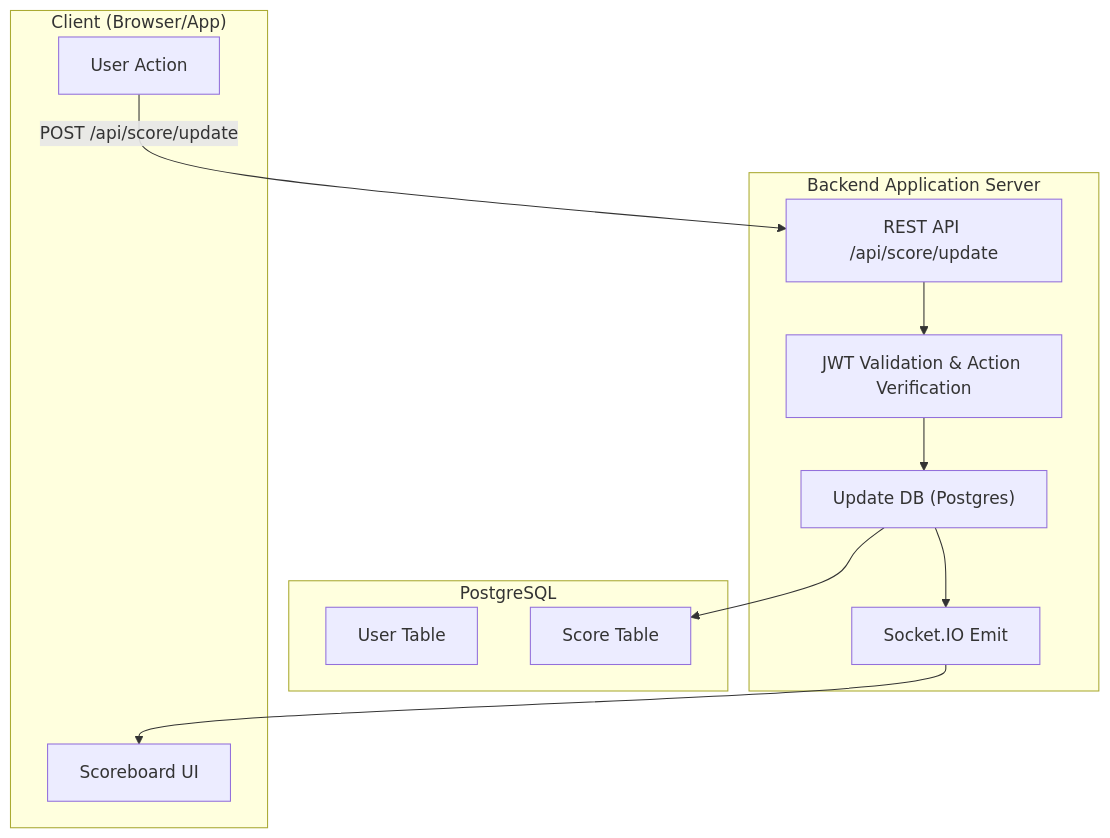
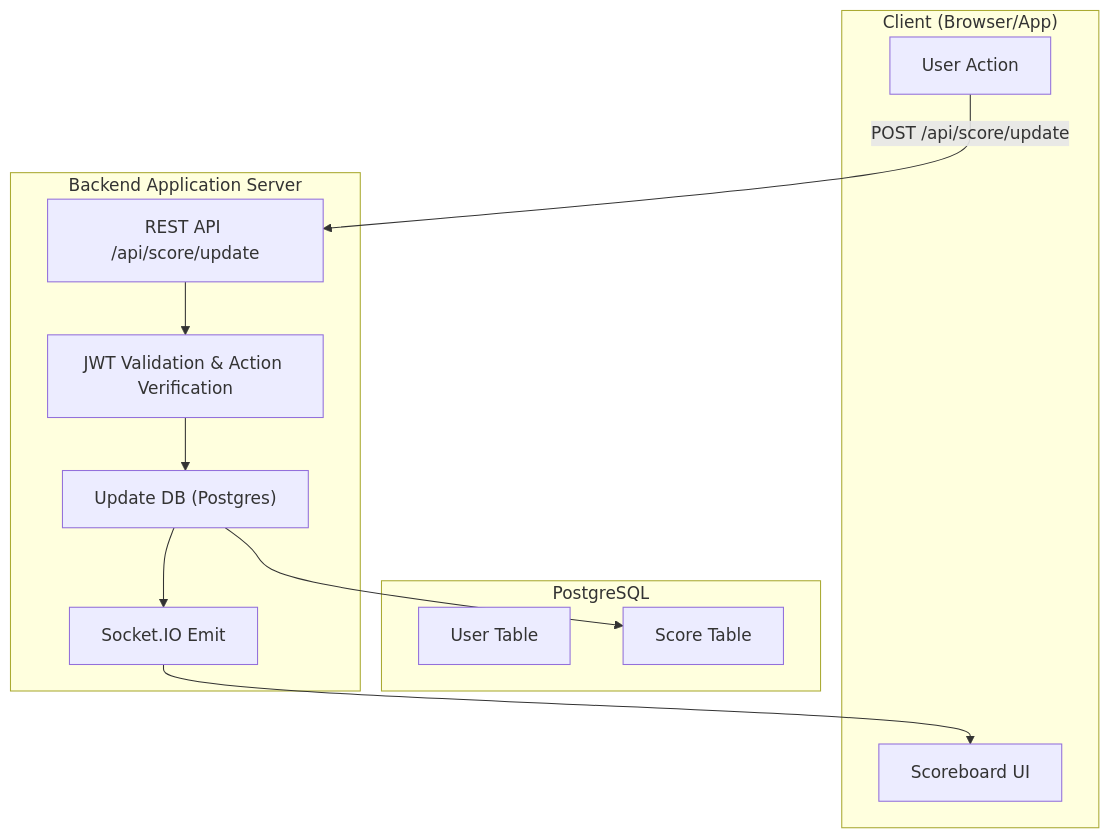
Before and after one commit to lvhoanthanh/react-login: the diagram in backend/readme.md, drawn with Mermaid.

````diff
--- a/backend/readme.md
+++ b/backend/readme.md
@@ -185,25 +185,26 @@
 ```mermaid
 flowchart TB
 
     subgraph DB["PostgreSQL"]
         D1["User Table"]
         D2["Score Table"]
+    end
+
+
+    subgraph Client["Client (Browser/App)"]
+        A1["User Action"]
+        A2["Scoreboard UI"]
     end
 
     subgraph Backend["Backend Application Server"]
         B1["REST API /api/score/update"]
         B2["JWT Validation & Action Verification"]
         B3["Update DB (Postgres)"]
         B4["Socket.IO Emit"]
     end
 
-    subgraph Client["Client (Browser/App)"]
-        A1["User Action"]
-        A2["Scoreboard UI"]
-    end
-
     %% Flow
     A1 -->|POST /api/score/update| B1
     B1 --> B2 --> B3 --> D2
     B3 --> B4 --> A2
 ```
````
